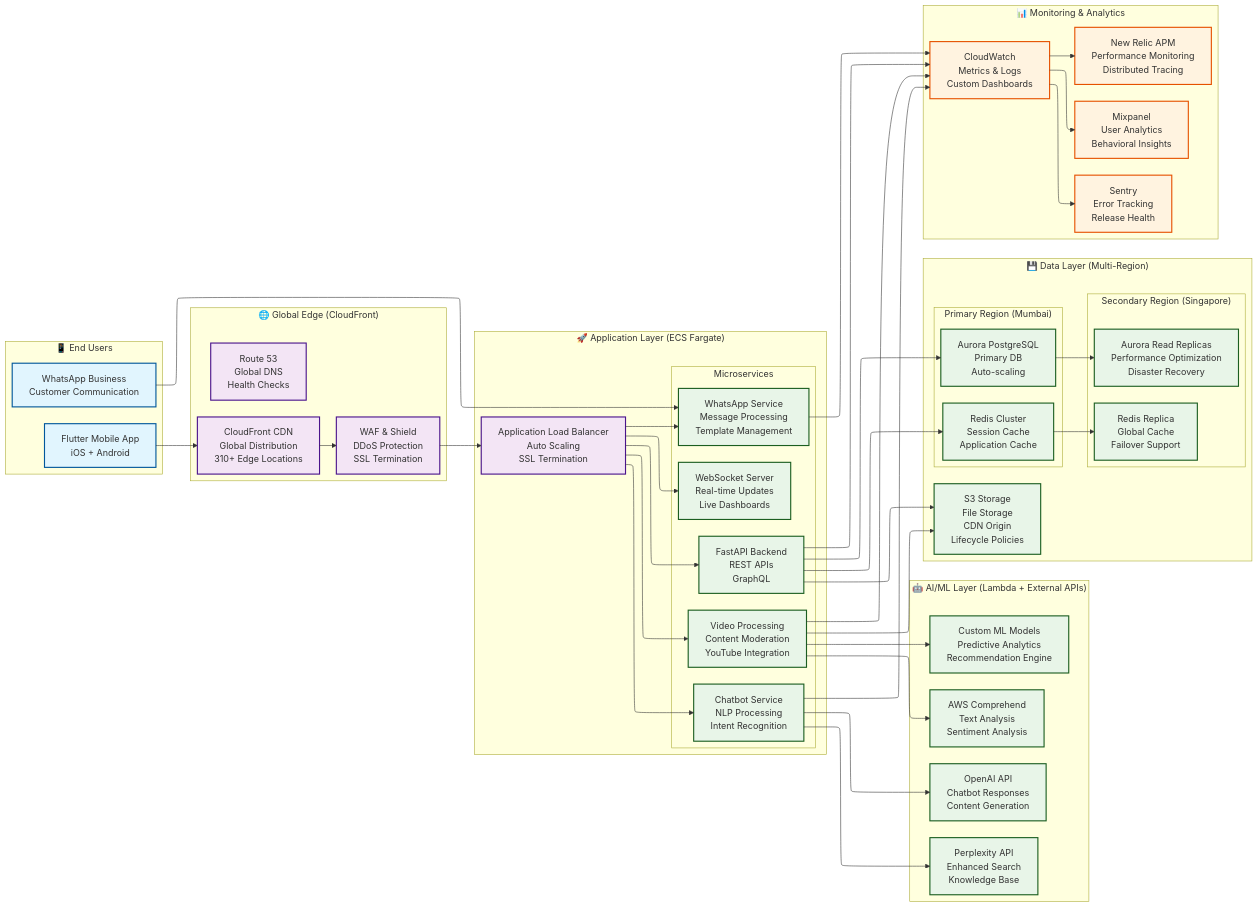
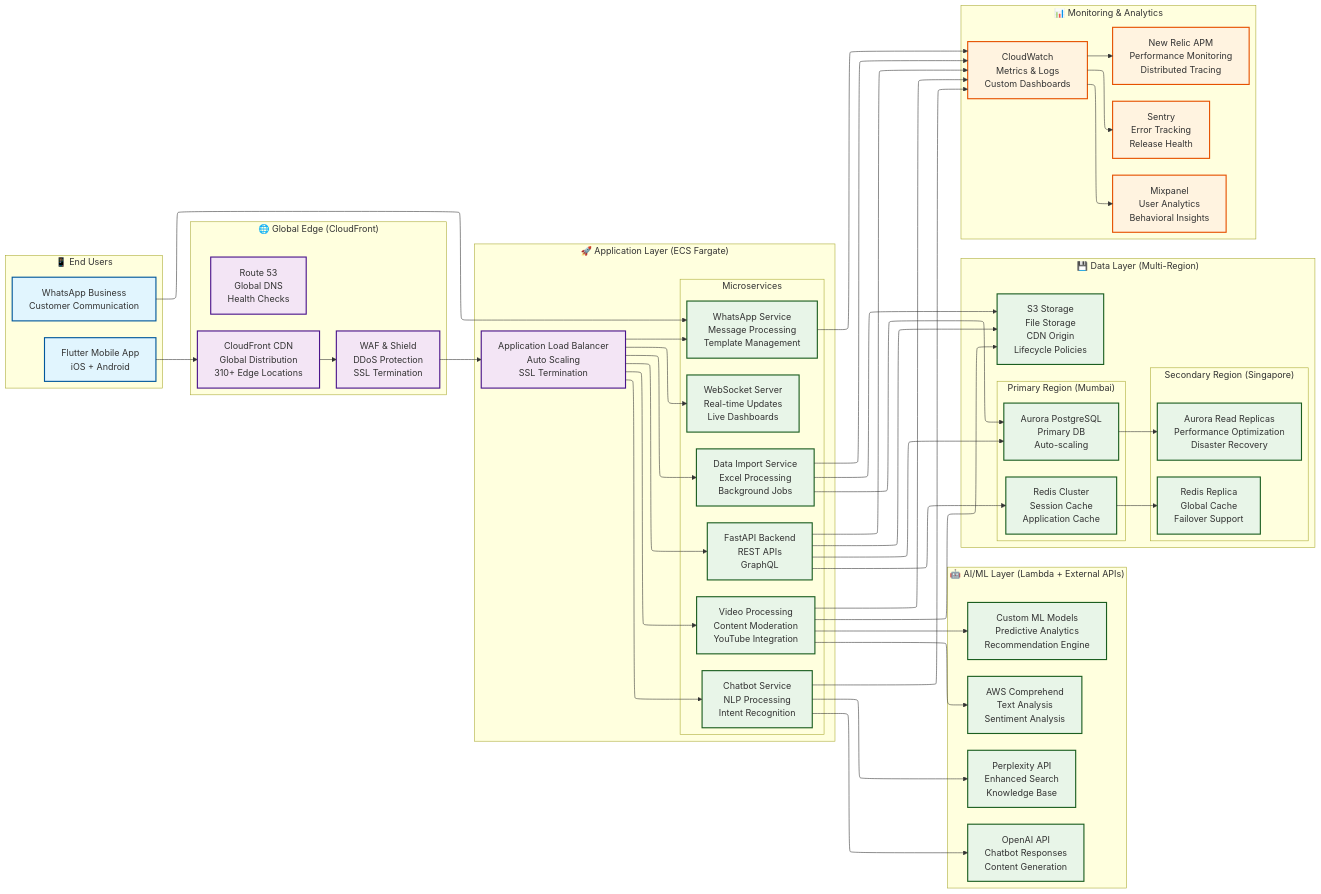
Before and after one commit to manizvlabs/agentmitra: the first of 11 diagrams in discovery/deployment/deployment-design.md, drawn with Mermaid. The commit also changed 4 other files, not shown here.

```diff
--- a/discovery/deployment/deployment-design.md
+++ b/discovery/deployment/deployment-design.md
@@ -58,6 +58,7 @@
         Chatbot["Chatbot Service<br>NLP Processing<br>Intent Recognition"]
         WhatsAppSvc["WhatsApp Service<br>Message Processing<br>Template Management"]
         VideoSvc["Video Processing<br>Content Moderation<br>YouTube Integration"]
+        DataImportSvc["Data Import Service<br>Excel Processing<br>Background Jobs"]
         RealtimeSvc["WebSocket Server<br>Real-time Updates<br>Live Dashboards"]
   end
  subgraph subGraph3["🚀 Application Layer (ECS Fargate)"]
@@ -93,10 +94,11 @@
     WhatsApp --> WhatsAppSvc
     CDN --> WAF
     WAF --> ALB
-    ALB --> API & Chatbot & WhatsAppSvc & VideoSvc & RealtimeSvc
+    ALB --> API & Chatbot & WhatsAppSvc & VideoSvc & DataImportSvc & RealtimeSvc
     API --> AuroraPrimary & RedisPrimary & S3 & CloudWatch
     Chatbot --> OpenAI & Perplexity & CloudWatch
     VideoSvc --> AWSComprehend & CustomML & S3 & CloudWatch
+    DataImportSvc --> AuroraPrimary & S3 & CloudWatch
     AuroraPrimary --> AuroraReplica
     RedisPrimary --> RedisReplica
     WhatsAppSvc --> CloudWatch
@@ -110,6 +112,7 @@
      Chatbot:::infra
      WhatsAppSvc:::infra
      VideoSvc:::infra
+     DataImportSvc:::infra
      RealtimeSvc:::infra
      ALB:::secondary
      OpenAI:::infra
```
